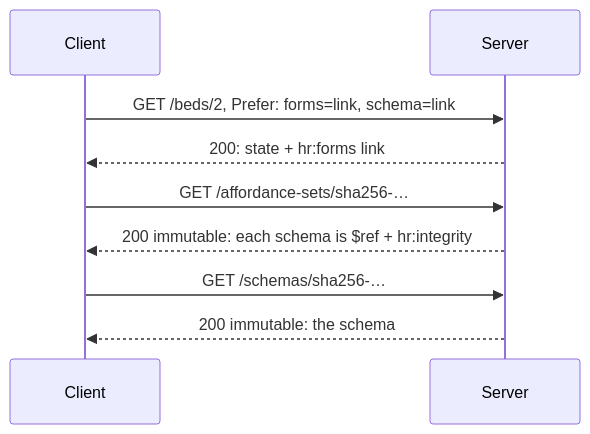
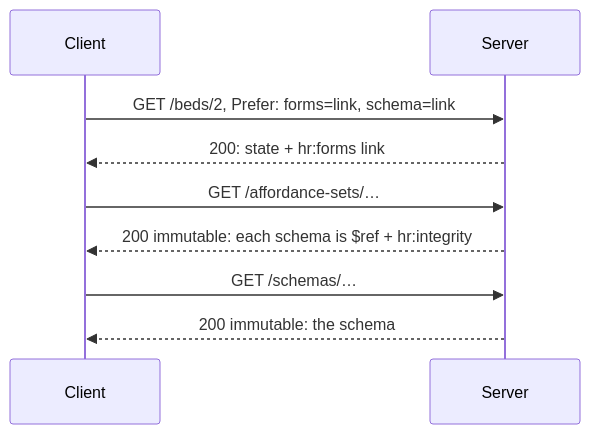
Before and after one commit to JogoShugh/heart-rise-artie: the sixth of 12 diagrams in heart/ARCHITECTURE.md, drawn with Mermaid. The commit also changed other lines of this file and 16 other files, not shown here.

````diff
--- a/heart/ARCHITECTURE.md
+++ b/heart/ARCHITECTURE.md
@@ -171,11 +171,11 @@
 ```mermaid
 sequenceDiagram
   participant C as Client
   participant S as Server
   C->>S: GET /beds/2, Prefer: forms=link, schema=link
   S-->>C: 200: state + hr:forms link
-  C->>S: GET /affordance-sets/sha256-…
+  C->>S: GET /affordance-sets/…
   S-->>C: 200 immutable: each schema is $ref + hr:integrity
-  C->>S: GET /schemas/sha256-…
+  C->>S: GET /schemas/…
   S-->>C: 200 immutable: the schema
 ```
````
